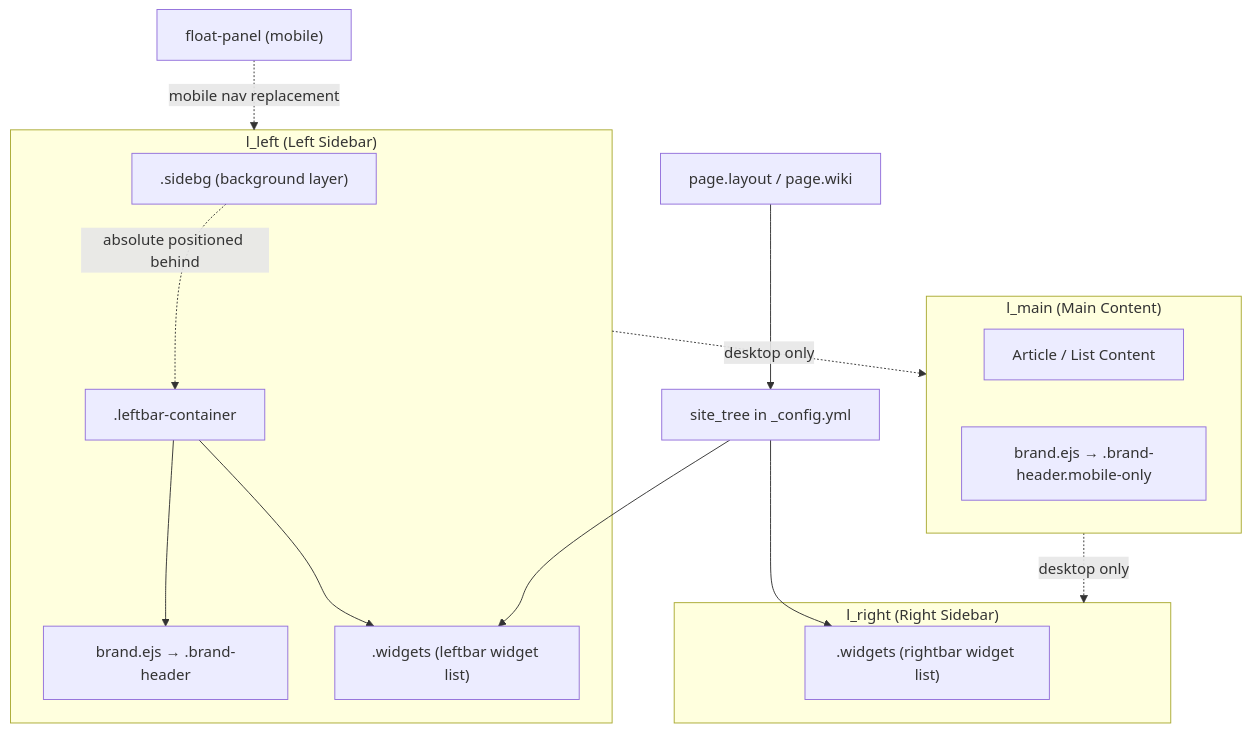
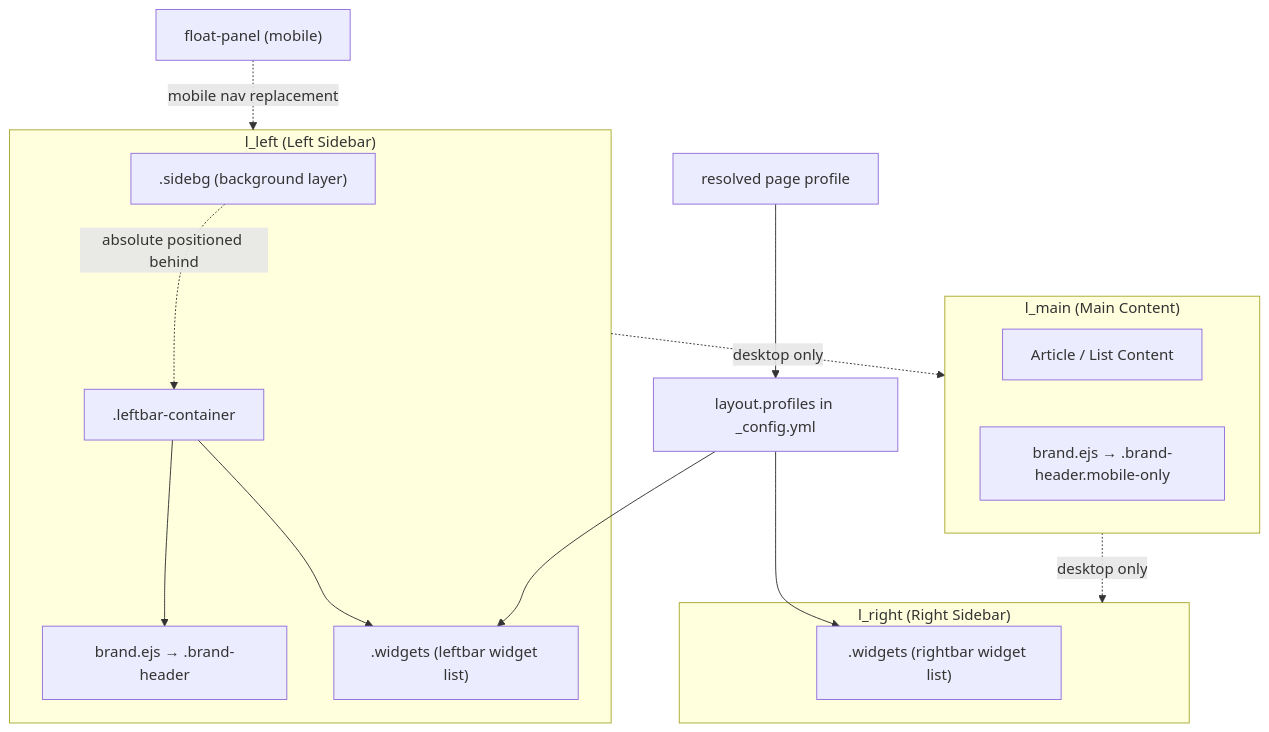
Before and after one commit to xaoxuu/hexo-theme-stellar: the first of 4 diagrams in docs/knowledge/02-布局系统/sidebar-system.md, drawn with Mermaid. The commit also changed other lines of this file and 60 other files, not shown here.

Commit message:
refactor(v2): 迁移 Layout Profile 配置 (#707)

````diff
--- a/docs/knowledge/02-布局系统/sidebar-system.md
+++ b/docs/knowledge/02-布局系统/sidebar-system.md
@@ -50,29 +50,29 @@
 ```mermaid
 graph TB
     subgraph l_left["l_left (Left Sidebar)"]
         sidebg[".sidebg (background layer)"]
         leftbar_container[".leftbar-container"]
         header_brand["brand.ejs → .brand-header"]
         widgets_left[".widgets (leftbar widget list)"]
         leftbar_container --> header_brand
         leftbar_container --> widgets_left
     end
 
     subgraph l_main["l_main (Main Content)"]
         article_content["Article / List Content"]
         mobile_brand["brand.ejs → .brand-header.mobile-only"]
     end
 
     subgraph l_right["l_right (Right Sidebar)"]
         widgets_right[".widgets (rightbar widget list)"]
     end
 
-    site_tree["site_tree in _config.yml"] --> widgets_left
-    site_tree --> widgets_right
-    page_layout["page.layout / page.wiki"] --> site_tree
+    profiles["layout.profiles in _config.yml"] --> widgets_left
+    profiles --> widgets_right
+    page_profile["resolved page profile"] --> profiles
 
     sidebg -.->|"absolute positioned behind"| leftbar_container
     l_left -.->|"desktop only"| l_main
     l_main -.->|"desktop only"| l_right
     float_panel["float-panel (mobile)"] -.->|"mobile nav replacement"| l_left
 ```
````
